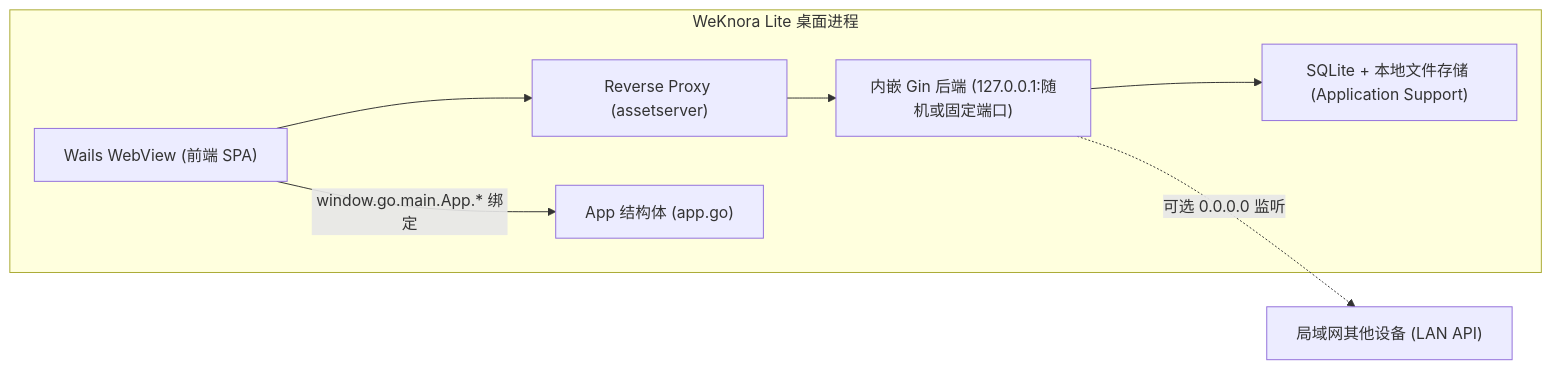
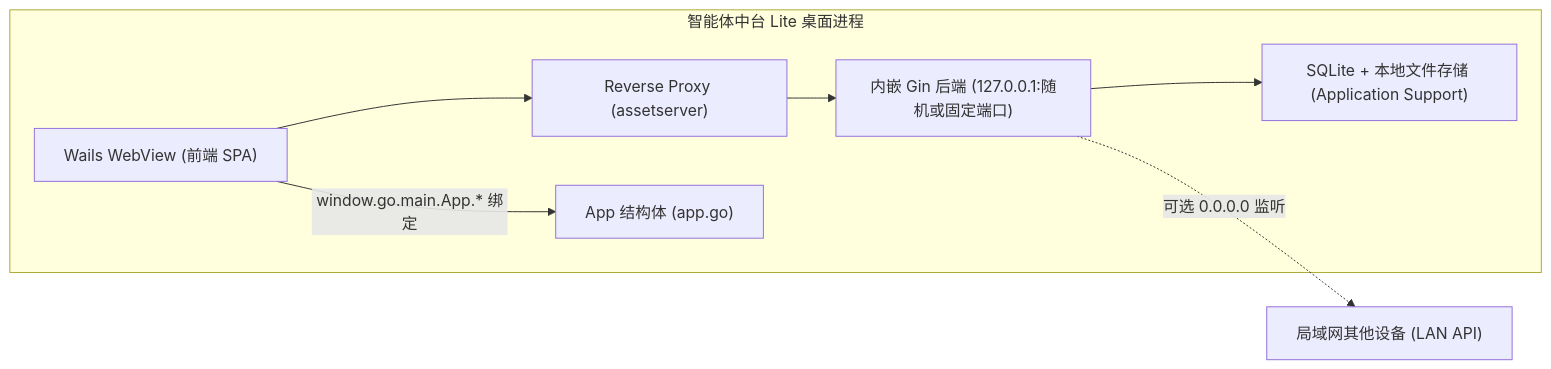
The diagram in apps/docs/05-clients/05-desktop.md (qinlei131479/WeKnora), drawn with Mermaid before and after one commit. The commit also changed other lines of this file and 47 other files, not shown here.

````diff
--- a/apps/docs/05-clients/05-desktop.md
+++ b/apps/docs/05-clients/05-desktop.md
@@ -17,12 +17,12 @@
 ```mermaid
 flowchart LR
-    subgraph D["WeKnora Lite 桌面进程"]
+    subgraph D["智能体中台 Lite 桌面进程"]
         W["Wails WebView (前端 SPA)"]
         P["Reverse Proxy (assetserver)"]
         B["内嵌 Gin 后端 (127.0.0.1:随机或固定端口)"]
         S["SQLite + 本地文件存储 (Application Support)"]
         W --> P --> B --> S
         W -- "window.go.main.App.* 绑定" --> A["App 结构体 (app.go)"]
     end
     B -. "可选 0.0.0.0 监听" .-> L["局域网其他设备 (LAN API)"]
 ```
````
